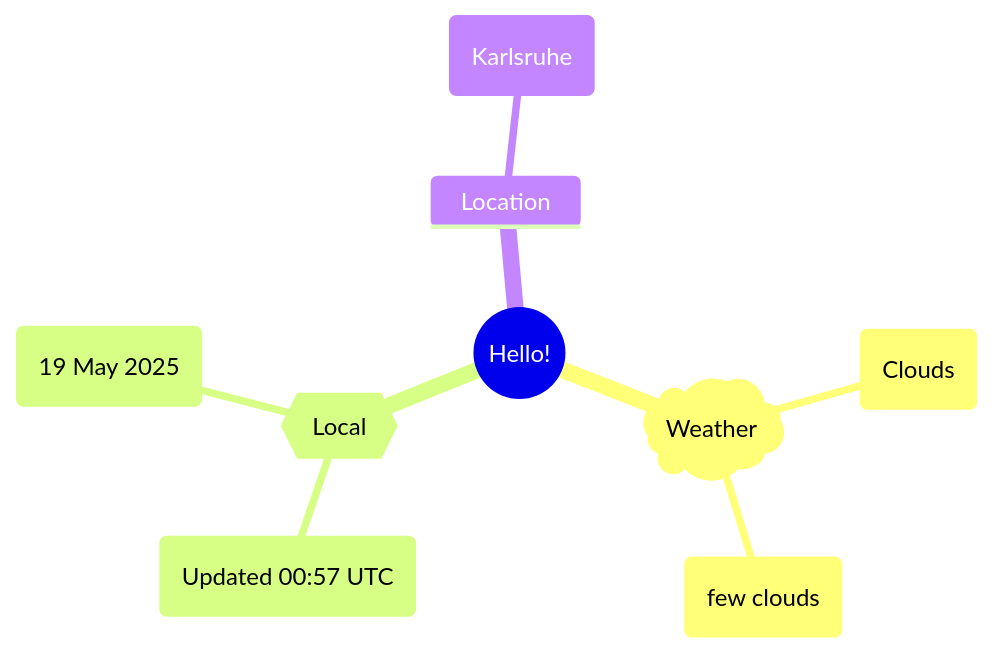
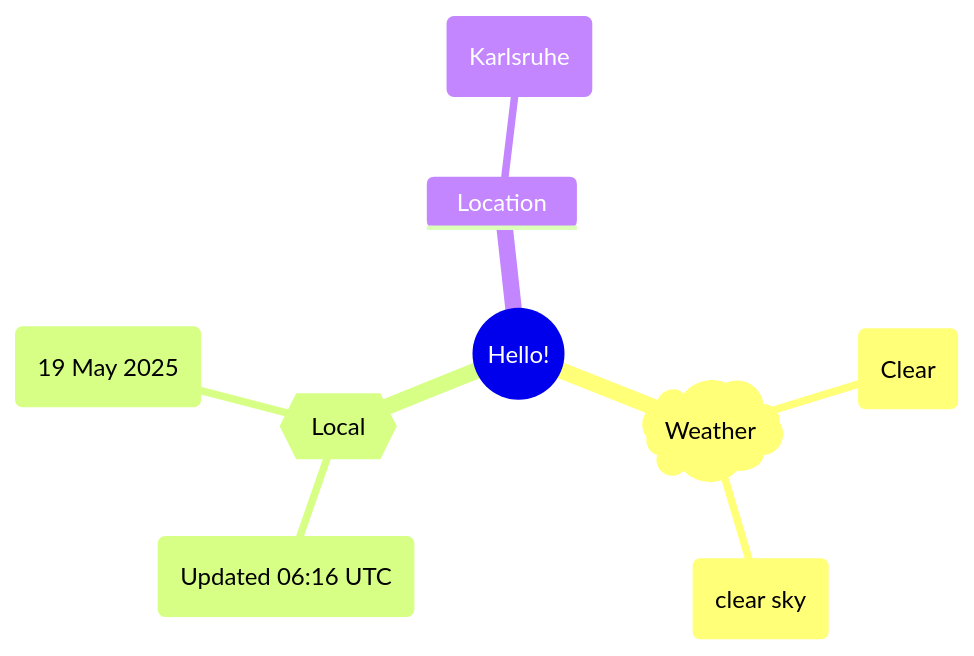
Before and after one commit to Xosrov/Xosrov: the first of 2 diagrams in README.md, drawn with Mermaid.

Commit message:
[bot] updated images

````diff
--- a/README.md
+++ b/README.md
@@ -3,12 +3,12 @@
 ```mermaid
 mindmap
   root((Hello!))
     )Weather(
-        (Clouds)
-        (few clouds)
+        (Clear)
+        (clear sky)
     {{Local}}
-        (Updated 00:57 UTC)
+        (Updated 06:16 UTC)
         (19 May 2025)
     Location
         (Karlsruhe)
 ```
````
